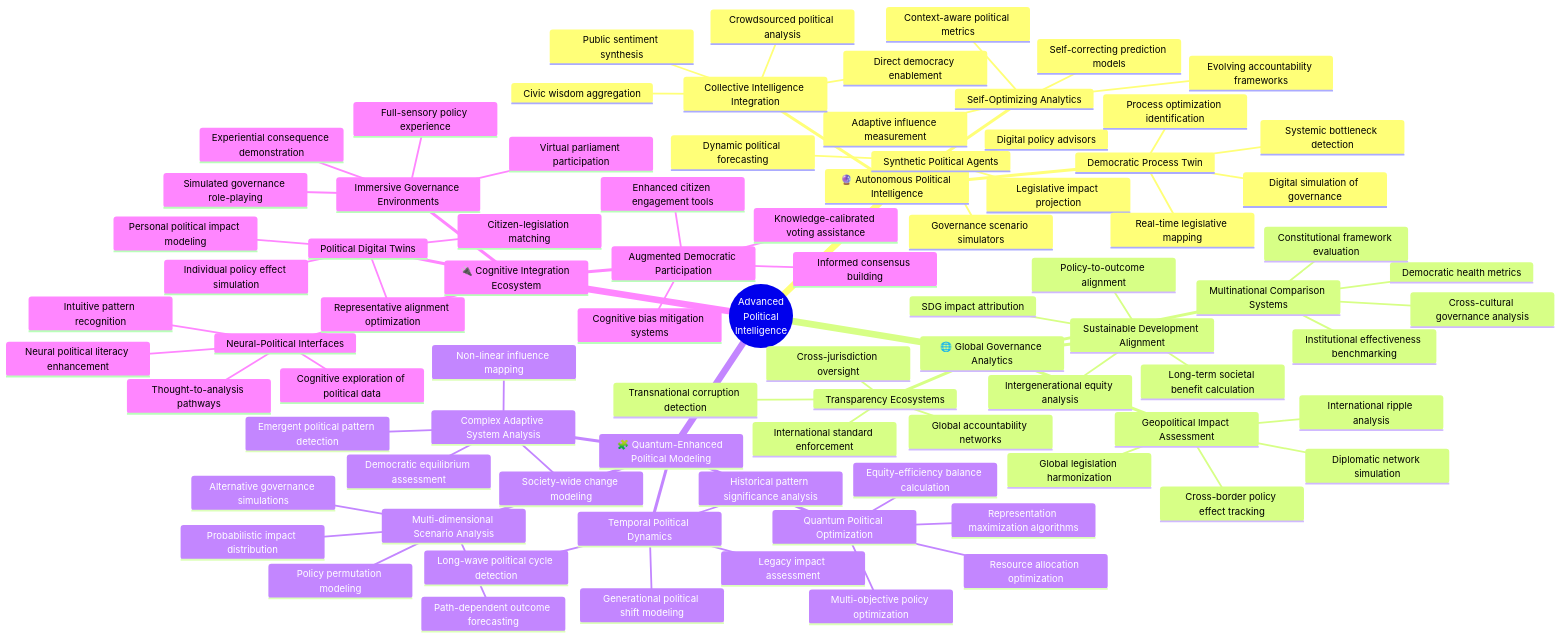
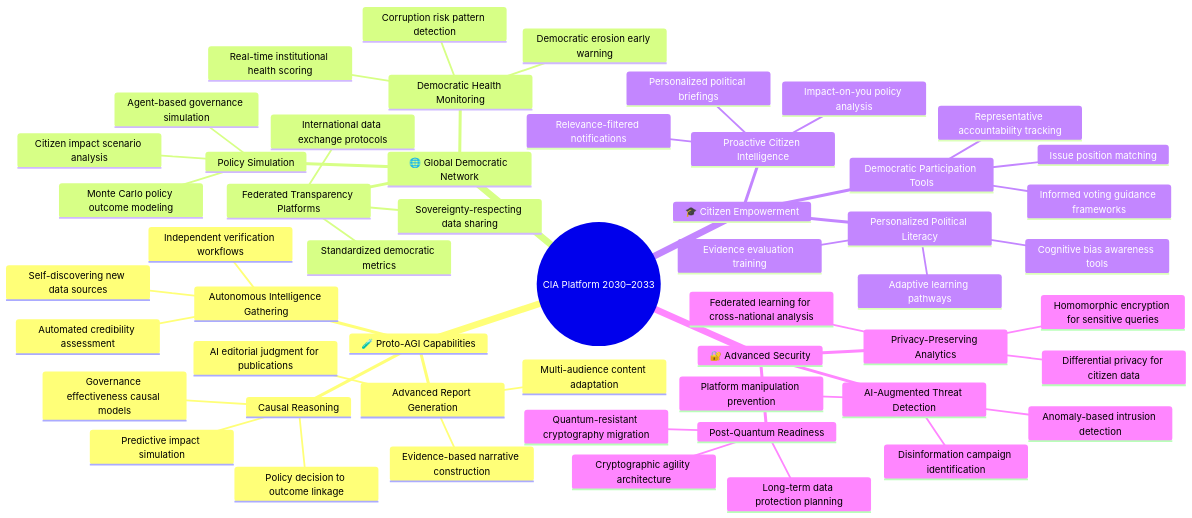
One commit to Hack23/cia changed the third of 5 diagrams in FUTURE_MINDMAP.md. Above: the diagram before and after it, drawn with Mermaid. The commit also changed other lines of this file and 5 other files, not shown here.

Commit message:
docs: update FUTURE_ARCHITECTURE, FUTURE_DATA_MODEL, FUTURE_FLOWCHART, FUTURE_MINDMAP, FUTURE_STATEDIAGRAM, FUTURE_SWOT with 2026-2037 roadmap

````diff
--- a/FUTURE_MINDMAP.md
+++ b/FUTURE_MINDMAP.md
@@ -537,88 +149,56 @@
 ```mermaid
 mindmap
-  root((Advanced<br/>Political<br/>Intelligence))
-    🔮 Autonomous Political Intelligence
-      Synthetic Political Agents
-        Digital policy advisors
-        Governance scenario simulators
-        Dynamic political forecasting
-        Legislative impact projection
-      Self-Optimizing Analytics
-        Context-aware political metrics
-        Adaptive influence measurement
-        Evolving accountability frameworks
-        Self-correcting prediction models
-      Democratic Process Twin
-        Digital simulation of governance
-        Real-time legislative mapping
-        Process optimization identification
-        Systemic bottleneck detection
-      Collective Intelligence Integration
-        Crowdsourced political analysis
-        Public sentiment synthesis
-        Direct democracy enablement
-        Civic wisdom aggregation
-    🌐 Global Governance Analytics
-      Geopolitical Impact Assessment
-        Cross-border policy effect tracking
-        International ripple analysis
-        Global legislation harmonization
-        Diplomatic network simulation
-      Multinational Comparison Systems
-        Democratic health metrics
-        Cross-cultural governance analysis
-        Institutional effectiveness benchmarking
-        Constitutional framework evaluation
-      Sustainable Development Alignment
-        SDG impact attribution
-        Policy-to-outcome alignment
-        Long-term societal benefit calculation
-        Intergenerational equity analysis
-      Transparency Ecosystems
-        Global accountability networks
-        Cross-jurisdiction oversight
-        Transnational corruption detection
-        International standard enforcement
-    🧩 Quantum-Enhanced Political Modeling
-      Multi-dimensional Scenario Analysis
-        Policy permutation modeling
-        Alternative governance simulations
-        Path-dependent outcome forecasting
-        Probabilistic impact distribution
-      Complex Adaptive System Analysis
-        Society-wide change modeling
-        Emergent political pattern detection
-        Non-linear influence mapping
-        Democratic equilibrium assessment
-      Quantum Political Optimization
-        Multi-objective policy optimization
-        Resource allocation optimization
-        Representation maximization algorithms
-        Equity-efficiency balance calculation
-      Temporal Political Dynamics
-        Historical pattern significance analysis
-        Generational political shift modeling
-        Legacy impact assessment
-        Long-wave political cycle detection
-    🔌 Cognitive Integration Ecosystem
-      Neural-Political Interfaces
-        Thought-to-analysis pathways
-        Cognitive exploration of political data
-        Intuitive pattern recognition
-        Neural political literacy enhancement
-      Augmented Democratic Participation
-        Enhanced citizen engagement tools
-        Cognitive bias mitigation systems
-        Knowledge-calibrated voting assistance
-        Informed consensus building
-      Immersive Governance Environments
-        Full-sensory policy experience
-        Virtual parliament participation
-        Simulated governance role-playing
-        Experiential consequence demonstration
-      Political Digital Twins
-        Personal political impact modeling
-        Individual policy effect simulation
-        Citizen-legislation matching
-        Representative alignment optimization
+  root((CIA Platform 2030–2033))
+    🧪 Proto-AGI Capabilities
+      Autonomous Intelligence Gathering
+        Self-discovering new data sources
+        Automated credibility assessment
+        Independent verification workflows
+      Causal Reasoning
+        Policy decision to outcome linkage
+        Governance effectiveness causal models
+        Predictive impact simulation
+      Advanced Report Generation
+        AI editorial judgment for publications
+        Multi-audience content adaptation
+        Evidence-based narrative construction
+    🌐 Global Democratic Network
+      Federated Transparency Platforms
+        International data exchange protocols
+        Sovereignty-respecting data sharing
+        Standardized democratic metrics
+      Democratic Health Monitoring
+        Real-time institutional health scoring
+        Democratic erosion early warning
+        Corruption risk pattern detection
+      Policy Simulation
+        Monte Carlo policy outcome modeling
+        Agent-based governance simulation
+        Citizen impact scenario analysis
+    🎓 Citizen Empowerment
+      Personalized Political Literacy
+        Adaptive learning pathways
+        Cognitive bias awareness tools
+        Evidence evaluation training
+      Proactive Citizen Intelligence
+        Personalized political briefings
+        Relevance-filtered notifications
+        Impact-on-you policy analysis
+      Democratic Participation Tools
+        Informed voting guidance frameworks
+        Issue position matching
+        Representative accountability tracking
+    🔐 Advanced Security
+      AI-Augmented Threat Detection
+        Anomaly-based intrusion detection
+        Disinformation campaign identification
+        Platform manipulation prevention
+      Privacy-Preserving Analytics
+        Differential privacy for citizen data
+        Federated learning for cross-national analysis
+        Homomorphic encryption for sensitive queries
+      Post-Quantum Readiness
+        Quantum-resistant cryptography migration
+        Long-term data protection planning
+        Cryptographic agility architecture
 ```
````
